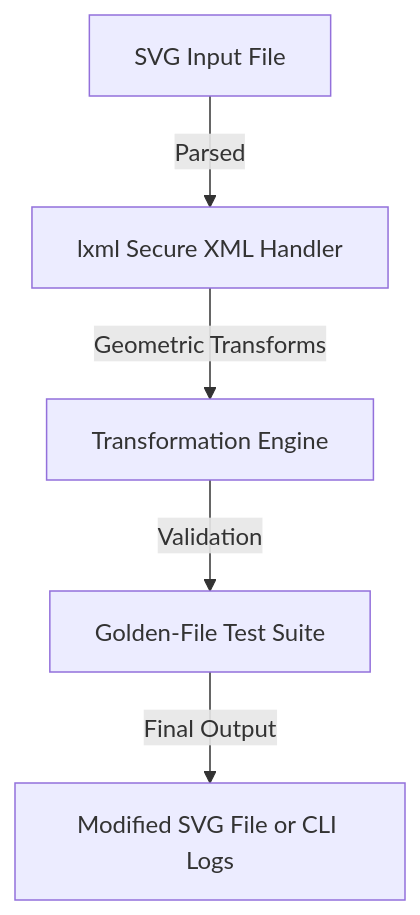
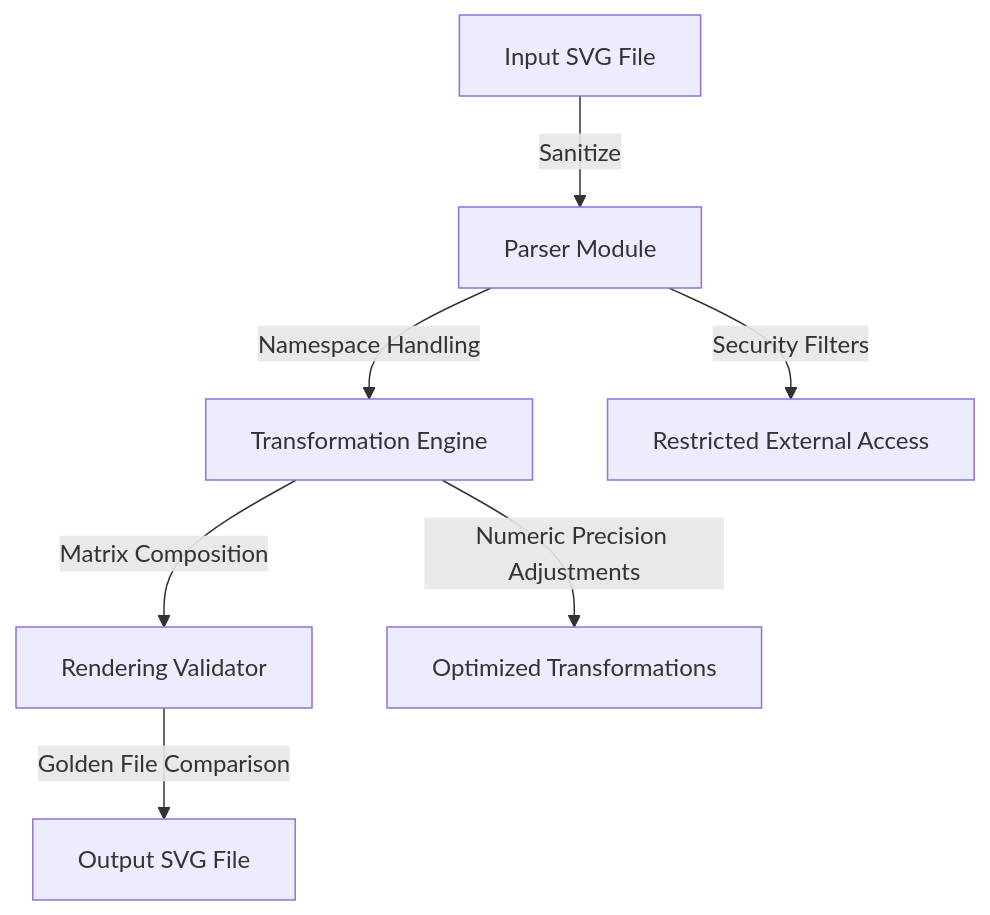
The diagram in README.md (EF361/svg_editor), drawn with Mermaid before and after one commit. The commit also changed other lines of this file, not shown here.

````diff
--- a/README.md
+++ b/README.md
@@ -27,7 +23,9 @@
 ```mermaid
-flowchart TD
-    A[SVG Input File] -->|Parsed| B[lxml Secure XML Handler]
-    B -->|Geometric Transforms| C[Transformation Engine]
-    C -->|Validation| D[Golden-File Test Suite]
-    D -->|Final Output| E[Modified SVG File or CLI Logs]
+graph TD
+    A[Input SVG File] -->|Sanitize| B[Parser Module]
+    B -->|Namespace Handling| C[Transformation Engine]
+    C -->|Matrix Composition| D[Rendering Validator]
+    D -->|Golden File Comparison| E[Output SVG File]
+    B -->|Security Filters| X[Restricted External Access]
+    C -->|Numeric Precision Adjustments| F[Optimized Transformations]
 ```
````
